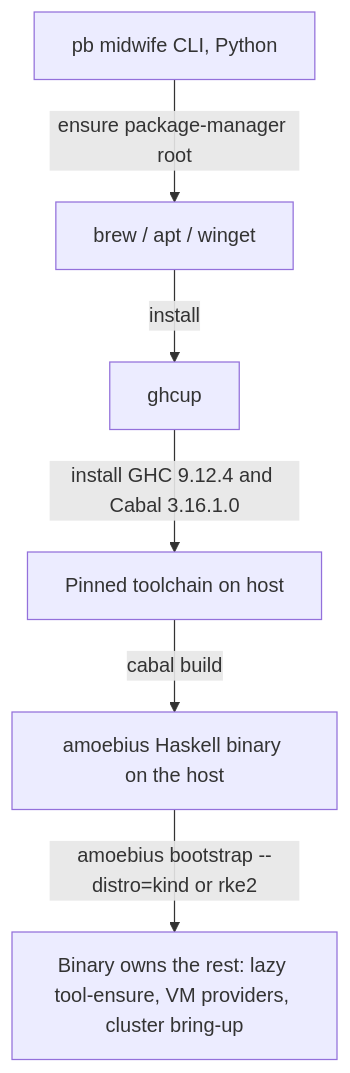
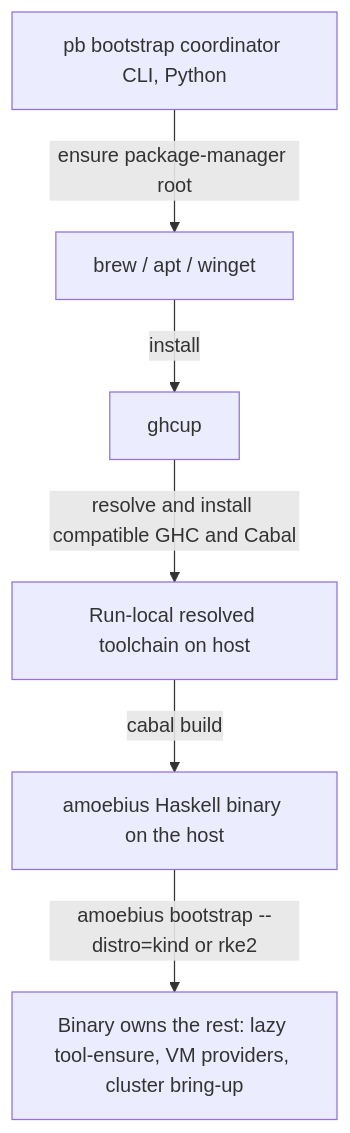
Before and after one commit to Tuee22/amoebius: the third of 3 diagrams in documents/engineering/substrate_doctrine.md, drawn with Mermaid. The commit also changed other lines of this file and 1894 other files, not shown here.

````diff
--- a/documents/engineering/substrate_doctrine.md
+++ b/documents/engineering/substrate_doctrine.md
@@ -416,9 +471,9 @@
 ```mermaid
 flowchart TD
 %% register: orientation
-  pb[pb midwife CLI, Python] -->|ensure package-manager root| pm[brew / apt / winget]
+  pb[pb bootstrap coordinator CLI, Python] -->|ensure package-manager root| pm[brew / apt / winget]
   pm -->|install| ghcup[ghcup]
-  ghcup -->|install GHC 9.12.4 and Cabal 3.16.1.0| tc[Pinned toolchain on host]
+  ghcup -->|resolve and install compatible GHC and Cabal| tc[Run-local resolved toolchain on host]
   tc -->|cabal build| bin[amoebius Haskell binary on the host]
   bin -->|amoebius bootstrap --distro=kind or rke2| handoff[Binary owns the rest: lazy tool-ensure, VM providers, cluster bring-up]
 ```
````
